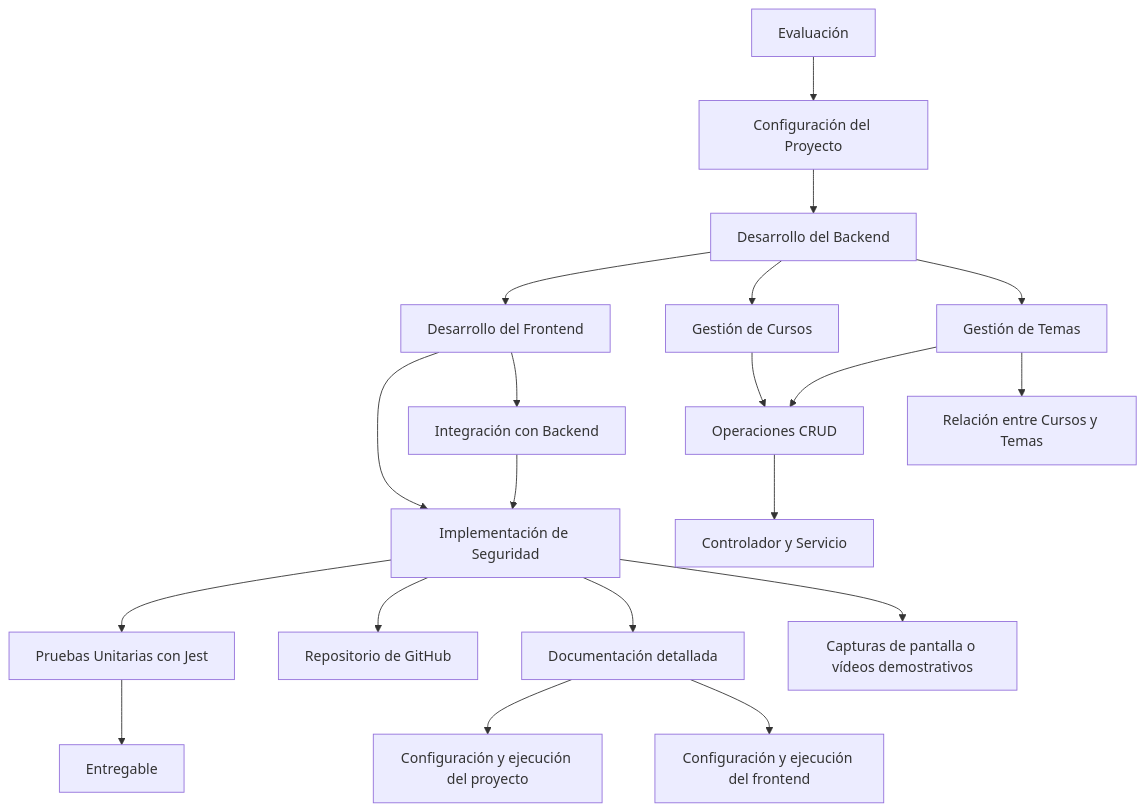
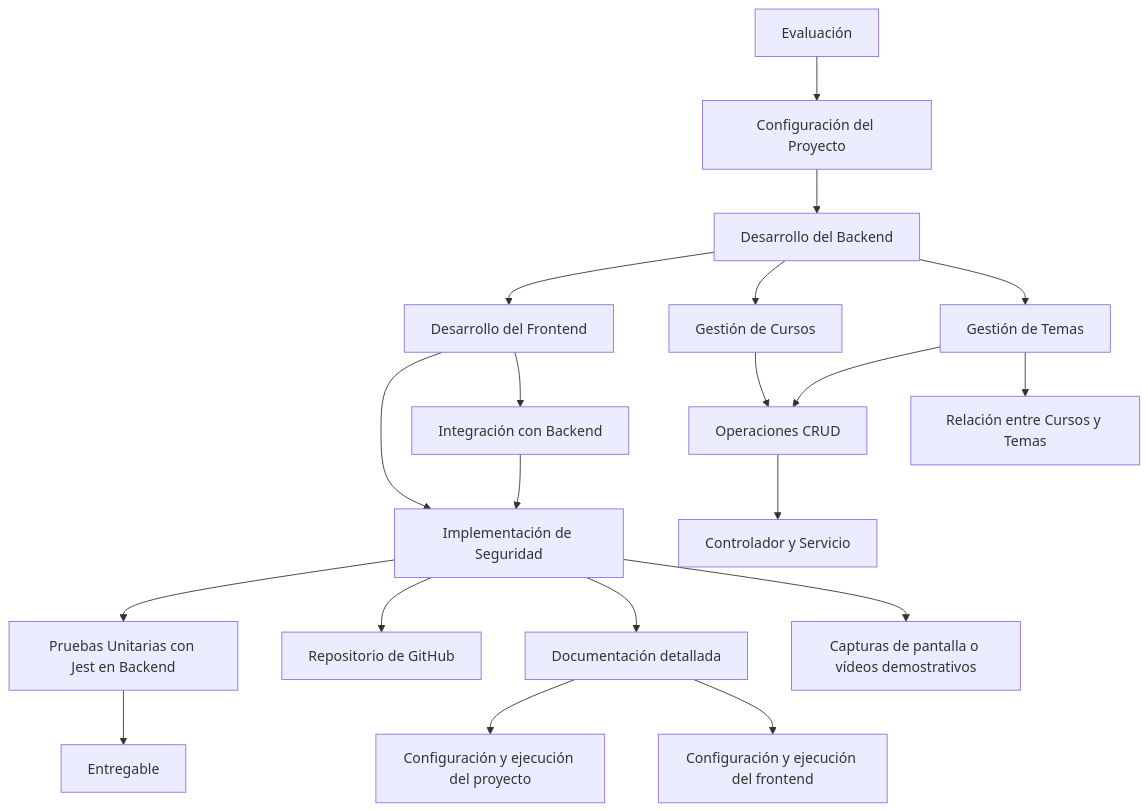
The diagram in README.md (statick88/gestionDocente), drawn with Mermaid before and after one commit. The commit also changed other lines of this file, not shown here.

````diff
--- a/README.md
+++ b/README.md
@@ -3,23 +3,23 @@
 ```mermaid
 graph TD;
   A[Evaluación] --> B[Configuración del Proyecto]
   B --> C[Desarrollo del Backend]
   C --> D[Desarrollo del Frontend]
   D --> E[Implementación de Seguridad]
-  E --> F[Pruebas Unitarias con Jest]
+  E --> F[Pruebas Unitarias con Jest en Backend]
   F --> G[Entregable]
   C --> H[Gestión de Cursos]
   C --> I[Gestión de Temas]
   H --> J[Operaciones CRUD]
   I --> J
   J --> K[Controlador y Servicio]
   I --> L[Relación entre Cursos y Temas]
   D --> M[Integración con Backend]
   M --> E
   E --> N[Repositorio de GitHub]
   E --> O[Documentación detallada]
   E --> P[Capturas de pantalla o vídeos demostrativos]
   O --> Q[Configuración y ejecución del proyecto]
   O --> R[Configuración y ejecución del frontend]
 
 ```
````
